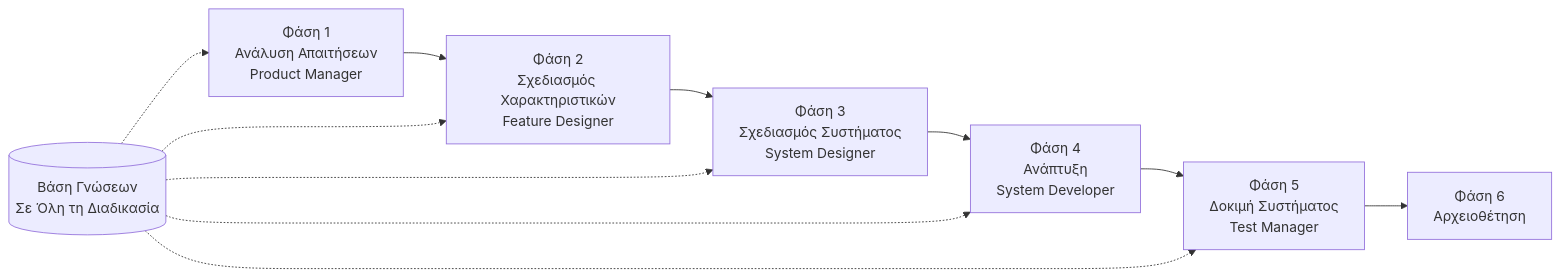
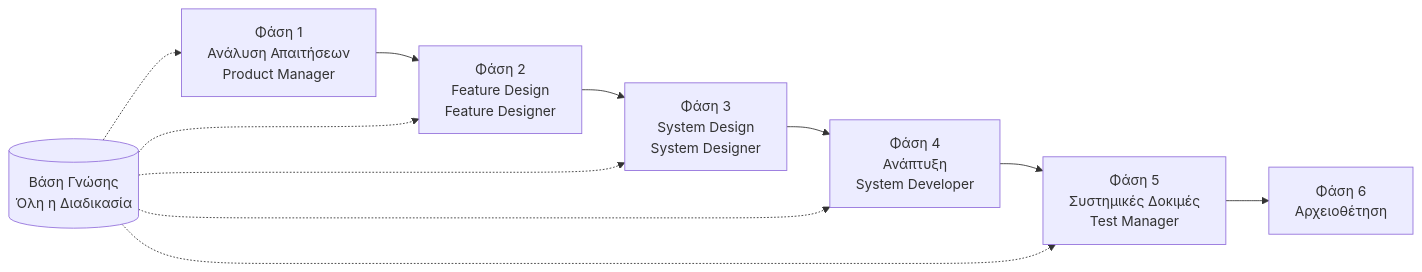
One commit to charlesmu99/speccrew changed the diagram in docs/GETTING-STARTED.el.md. Above: the diagram before and after it, drawn with Mermaid. The commit also changed other lines of this file and 32 other files, not shown here.

````diff
--- a/docs/GETTING-STARTED.el.md
+++ b/docs/GETTING-STARTED.el.md
@@ -70,14 +144,14 @@
 ```mermaid
 flowchart LR
-    PRD[Φάση 1<br/>Ανάλυση Απαιτήσεων<br/>Product Manager] --> FD[Φάση 2<br/>Σχεδιασμός Χαρακτηριστικών<br/>Feature Designer]
-    FD --> SD[Φάση 3<br/>Σχεδιασμός Συστήματος<br/>System Designer]
+    PRD[Φάση 1<br/>Ανάλυση Απαιτήσεων<br/>Product Manager] --> FD[Φάση 2<br/>Feature Design<br/>Feature Designer]
+    FD --> SD[Φάση 3<br/>System Design<br/>System Designer]
     SD --> DEV[Φάση 4<br/>Ανάπτυξη<br/>System Developer]
-    DEV --> TEST[Φάση 5<br/>Δοκιμή Συστήματος<br/>Test Manager]
+    DEV --> TEST[Φάση 5<br/>Συστημικές Δοκιμές<br/>Test Manager]
     TEST --> ARCHIVE[Φάση 6<br/>Αρχειοθέτηση]
     
-    KB[(Βάση Γνώσεων<br/>Σε Όλη τη Διαδικασία)] -.-> PRD
+    KB[(Βάση Γνώσης<br/>Όλη η Διαδικασία)] -.-> PRD
     KB -.-> FD
     KB -.-> SD
     KB -.-> DEV
     KB -.-> TEST
 ```
````
